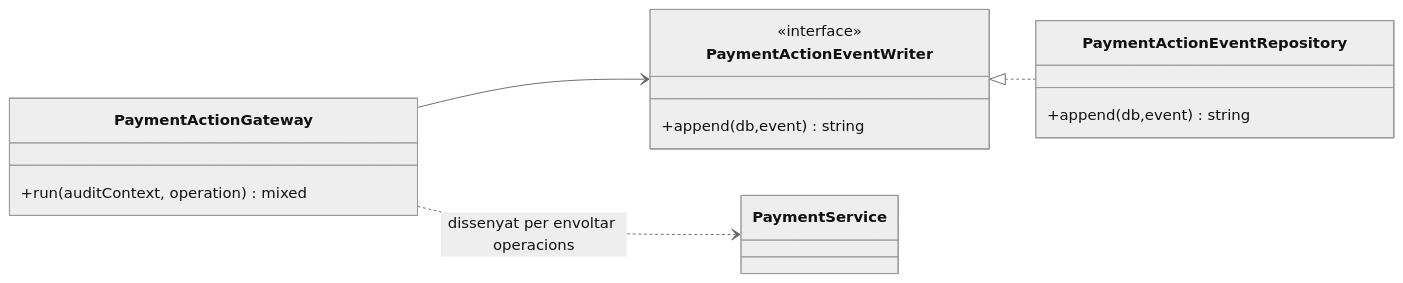
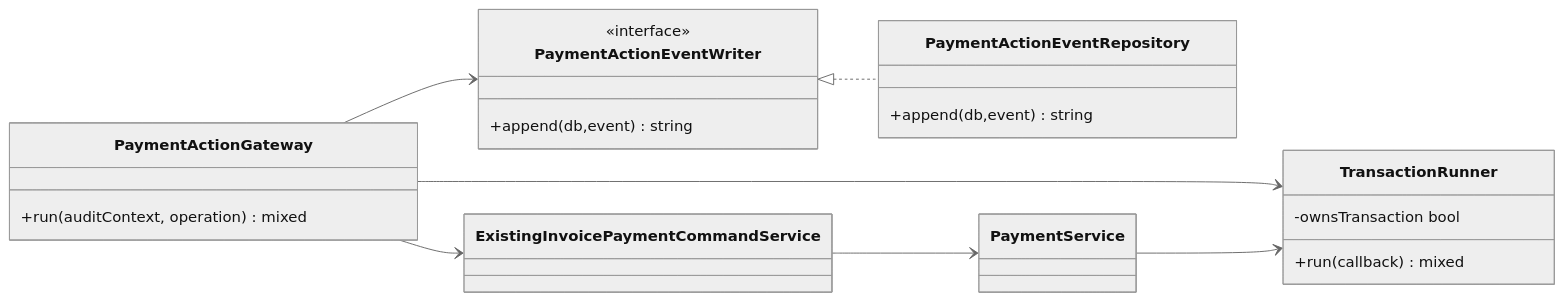
One commit to orgmeriemprismacat-del/verifactu changed the fourth of 7 diagrams in documentacio/07-uml-integrat/uc-002-classes-actual-final.md. Above: the diagram before and after it, drawn with Mermaid (neutral theme). The commit also changed other lines of this file, not shown here.

```diff
--- a/documentacio/07-uml-integrat/uc-002-classes-actual-final.md
+++ b/documentacio/07-uml-integrat/uc-002-classes-actual-final.md
@@ -137,19 +137,27 @@
 ~~~mermaid
 classDiagram
 direction LR
 class PaymentActionGateway {
   +run(auditContext, operation) mixed
 }
 class PaymentActionEventWriter {
   <<interface>>
   +append(db,event) string
 }
 class PaymentActionEventRepository {
   +append(db,event) string
 }
+class TransactionRunner {
+  +run(callback) mixed
+  -ownsTransaction bool
+}
+class ExistingInvoicePaymentCommandService
 class PaymentService
 
 PaymentActionGateway --> PaymentActionEventWriter
 PaymentActionEventWriter <|.. PaymentActionEventRepository
-PaymentActionGateway ..> PaymentService : dissenyat per envoltar operacions
+PaymentActionGateway --> TransactionRunner
+PaymentActionGateway --> ExistingInvoicePaymentCommandService
+ExistingInvoicePaymentCommandService --> PaymentService
+PaymentService --> TransactionRunner
 ~~~
```
